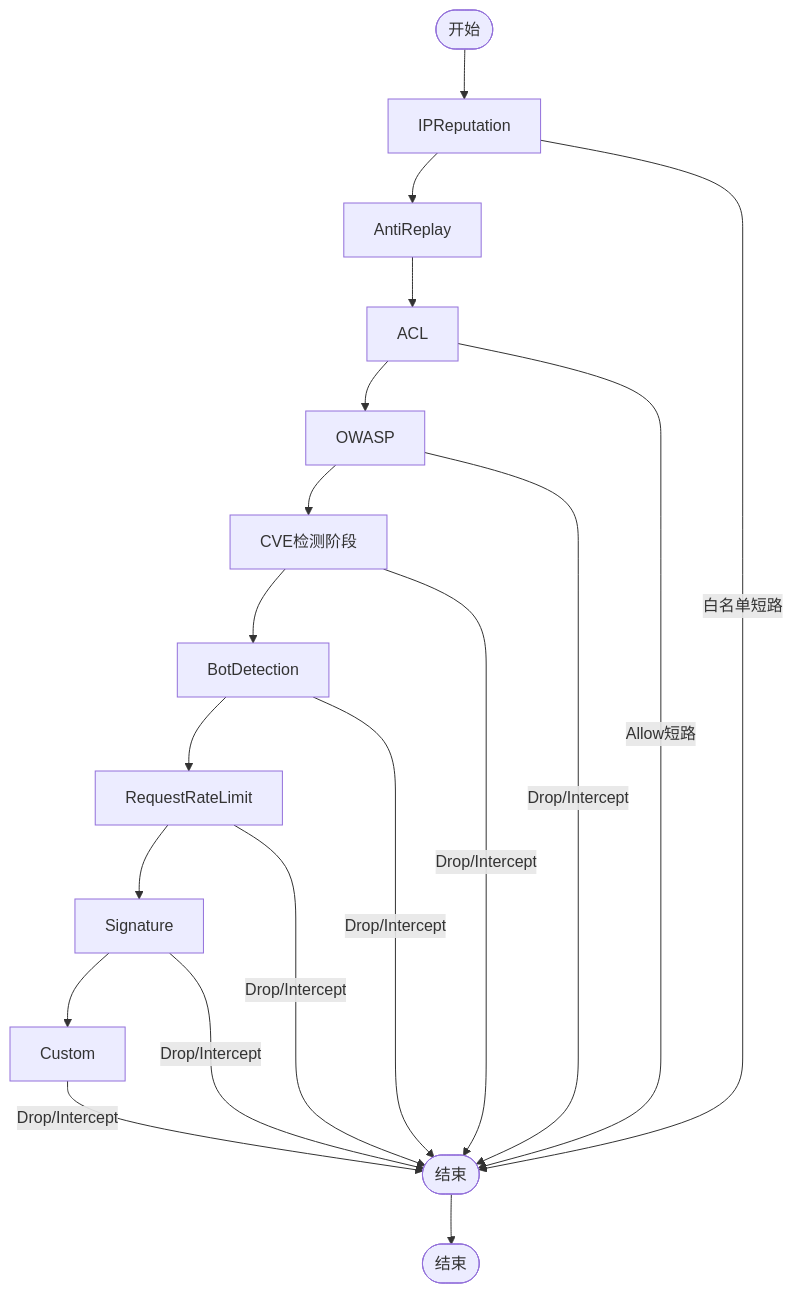
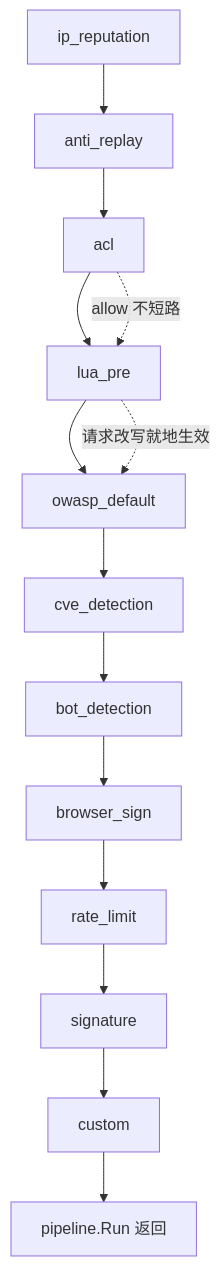
One commit to x01n/My-OpenWaf changed the fourth of 8 diagrams in docs/扩展与插件系统/规则引擎扩展/执行阶段系统.md. Above: the diagram before and after it, drawn with Mermaid. The commit also changed other lines of this file and 622 other files, not shown here.

````diff
--- a/docs/扩展与插件系统/规则引擎扩展/执行阶段系统.md
+++ b/docs/扩展与插件系统/规则引擎扩展/执行阶段系统.md
@@ -166,21 +264,9 @@
 ```mermaid
 flowchart TD
-Start(["开始"]) --> IPRep["IPReputation"]
-IPRep --> AntiReplay["AntiReplay"]
-AntiReplay --> ACL["ACL"]
-ACL --> OWASP["OWASP"]
-OWASP --> CVE["CVE检测阶段"]
-CVE --> Bot["BotDetection"]
-Bot --> RL["RequestRateLimit"]
-RL --> Sig["Signature"]
-Sig --> Custom["Custom"]
-IPRep --> |白名单短路| Done(["结束"])
-ACL --> |Allow短路| Done
-Bot --> |Drop/Intercept| Done
-RL --> |Drop/Intercept| Done
-OWASP --> |Drop/Intercept| Done
-CVE --> |Drop/Intercept| Done
-Sig --> |Drop/Intercept| Done
-Custom --> |Drop/Intercept| Done
-Done --> End(["结束"])
+A["ip_reputation"] --> B["anti_replay"] --> C["acl"] --> D["lua_pre"]
+D --> E["owasp_default"] --> F["cve_detection"] --> G["bot_detection"]
+G --> H["browser_sign"] --> I["rate_limit"] --> J["signature"] --> K["custom"]
+K --> L["pipeline.Run 返回"]
+C -.->|"allow 不短路"| D
+D -.->|"请求改写就地生效"| E
 ```
````
